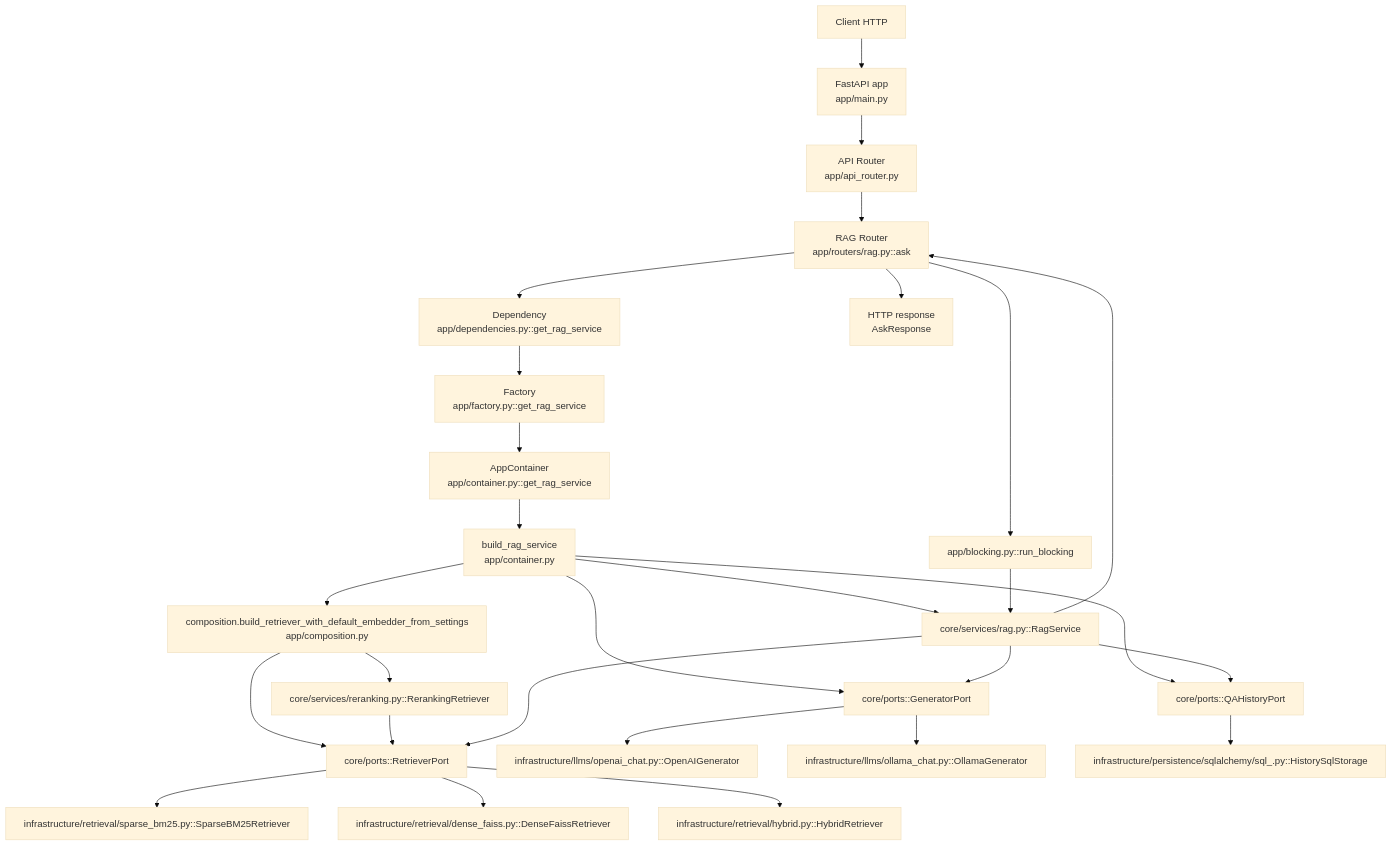
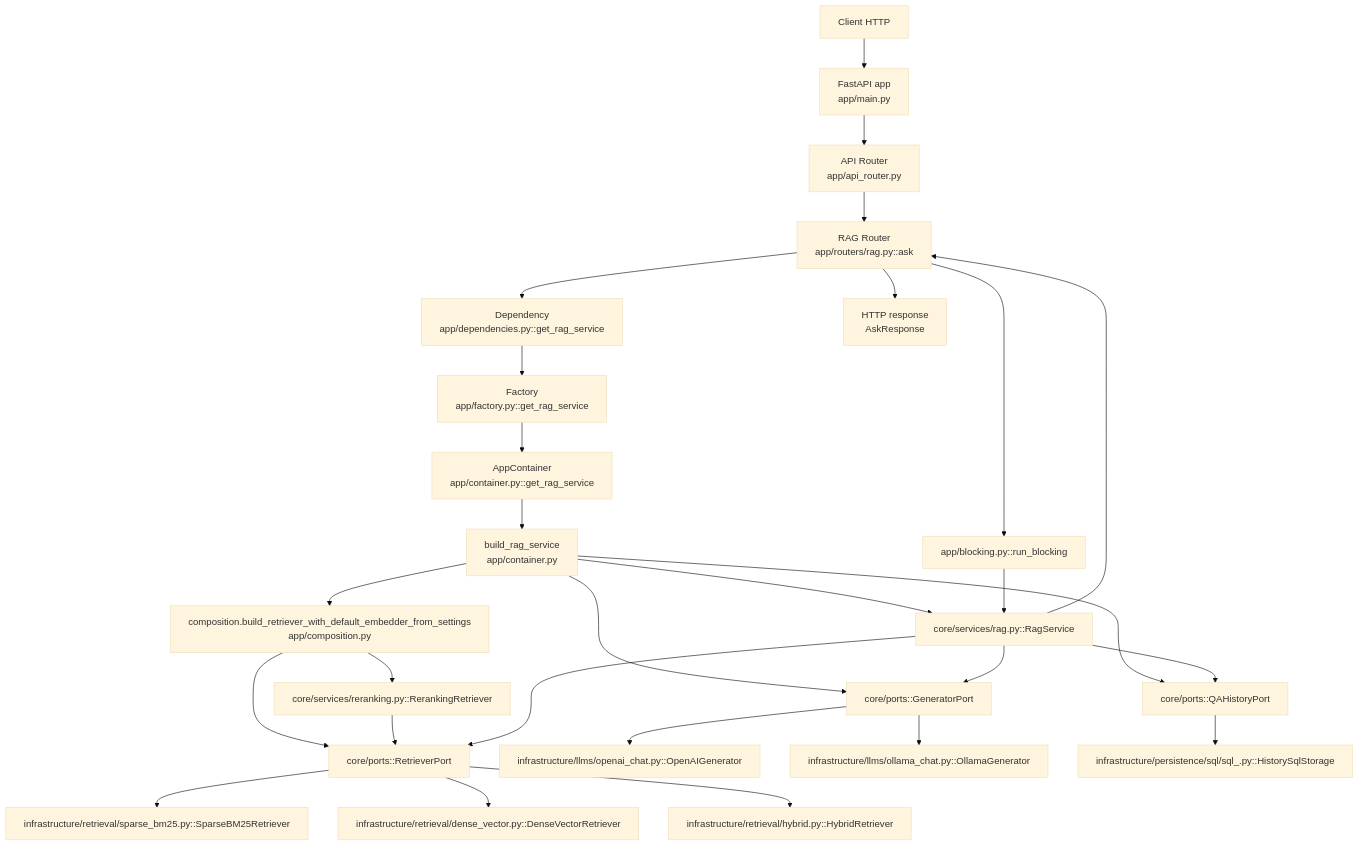
The first of 2 diagrams in README.md (Intrinsical-AI/rag-prototype), drawn with Mermaid (base theme) before and after one commit. The commit also changed other lines of this file and 4 other files, not shown here.

Commit message:
docs(architecture): update vector/sql module boundaries and usage

````diff
--- a/README.md
+++ b/README.md
@@ -70,36 +78,36 @@
 ```mermaid
 flowchart TD
     C[Client HTTP] --> M[FastAPI app\napp/main.py]
     M --> AR[API Router\napp/api_router.py]
     AR --> RR[RAG Router\napp/routers/rag.py::ask]
 
     RR --> D1[Dependency\napp/dependencies.py::get_rag_service]
     D1 --> F1[Factory\napp/factory.py::get_rag_service]
     F1 --> AC[AppContainer\napp/container.py::get_rag_service]
     AC --> BRS[build_rag_service\napp/container.py]
 
     BRS --> RS[core/services/rag.py::RagService]
 
     BRS --> COMP[composition.build_retriever_with_default_embedder_from_settings\napp/composition.py]
     COMP --> RP[core/ports::RetrieverPort]
     RP --> SBR[infrastructure/retrieval/sparse_bm25.py::SparseBM25Retriever]
-    RP --> DFR[infrastructure/retrieval/dense_faiss.py::DenseFaissRetriever]
+    RP --> DFR[infrastructure/retrieval/dense_vector.py::DenseVectorRetriever]
     RP --> HR[infrastructure/retrieval/hybrid.py::HybridRetriever]
     COMP --> RER[core/services/reranking.py::RerankingRetriever]
     RER --> RP
 
     BRS --> GP[core/ports::GeneratorPort]
     GP --> OAI[infrastructure/llms/openai_chat.py::OpenAIGenerator]
     GP --> OLL[infrastructure/llms/ollama_chat.py::OllamaGenerator]
 
     BRS --> HP[core/ports::QAHistoryPort]
-    HP --> HSQL[infrastructure/persistence/sqlalchemy/sql_.py::HistorySqlStorage]
+    HP --> HSQL[infrastructure/persistence/sql/sql_.py::HistorySqlStorage]
 
     RR --> RB[app/blocking.py::run_blocking]
     RB --> RS
     RS --> RP
     RS --> GP
     RS --> HP
     RS --> RR
     RR --> RESP[HTTP response\nAskResponse]
 ```
````
